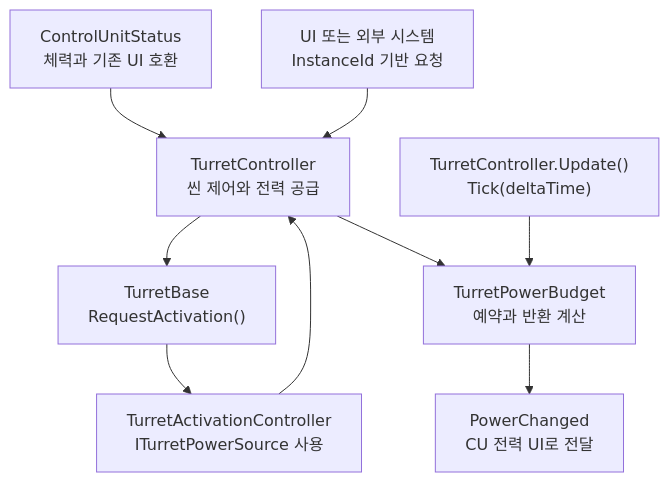
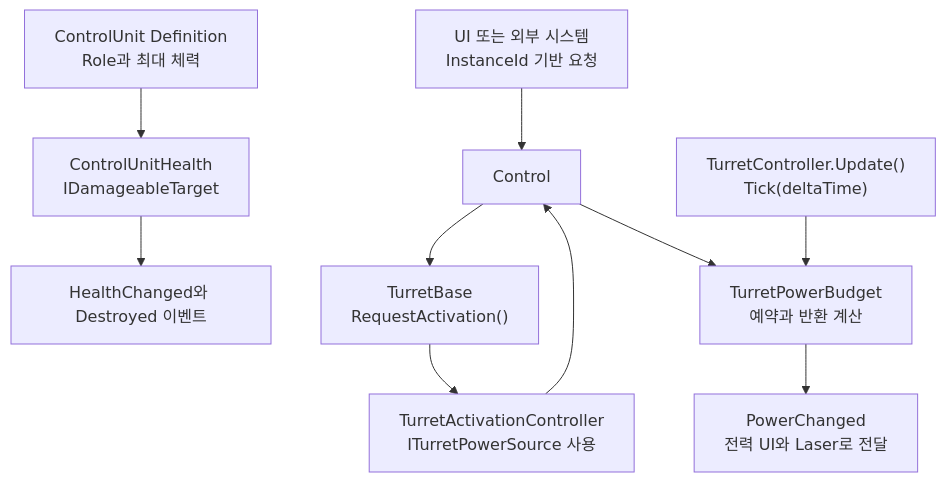
Before and after one commit to Team-HJD-21/unity-6-the-developer: the first of 15 diagrams in Docs/architecture/turret-system-guide.md, drawn with Mermaid. The commit also changed other lines of this file and 75 other files, not shown here.

````diff
--- a/Docs/architecture/turret-system-guide.md
+++ b/Docs/architecture/turret-system-guide.md
@@ -57,11 +59,12 @@
 ```mermaid
 flowchart TD
-    CU["ControlUnitStatus<br>체력과 기존 UI 호환"] --> Control["TurretController<br>씬 제어와 전력 공급"]
+    Definition["ControlUnit Definition<br>Role과 최대 체력"] --> CU["ControlUnitHealth<br>IDamageableTarget"]
+    CU --> HealthUI["HealthChanged와 Destroyed 이벤트"]
     Commands["UI 또는 외부 시스템<br>InstanceId 기반 요청"] --> Control
     Control --> Base["TurretBase<br>RequestActivation()"]
     Base --> Activation["TurretActivationController<br>ITurretPowerSource 사용"]
     Activation --> Control
     Control --> Budget["TurretPowerBudget<br>예약과 반환 계산"]
     Tick["TurretController.Update()<br>Tick(deltaTime)"] --> Budget
-    Budget --> Events["PowerChanged<br>CU 전력 UI로 전달"]
+    Budget --> Events["PowerChanged<br>전력 UI와 Laser로 전달"]
 ```
````
